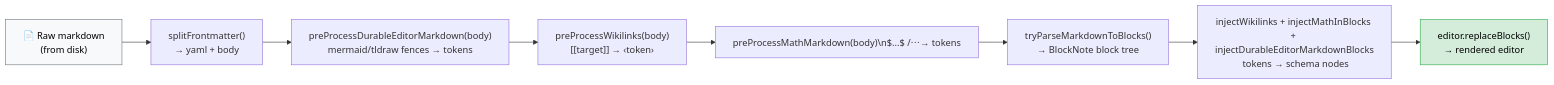
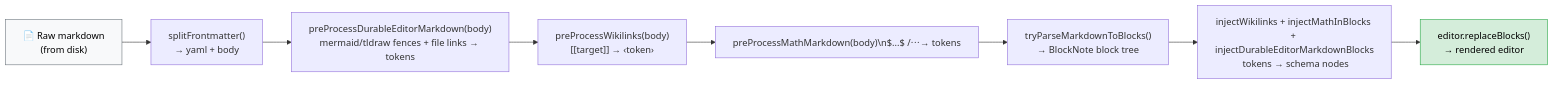
The second of 3 diagrams in docs/ABSTRACTIONS.md (aimeritething/Fuwa), drawn with Mermaid before and after one commit. The commit also changed other lines of this file and 4 other files, not shown here.

````diff
--- a/docs/ABSTRACTIONS.md
+++ b/docs/ABSTRACTIONS.md
@@ -632,13 +632,13 @@
 ```mermaid
 flowchart LR
     A["📄 Raw markdown\n(from disk)"] --> B["splitFrontmatter()\n→ yaml + body"]
-    B --> C["preProcessDurableEditorMarkdown(body)\nmermaid/tldraw fences → tokens"]
+    B --> C["preProcessDurableEditorMarkdown(body)\nmermaid/tldraw fences + file links → tokens"]
     C --> D["preProcessWikilinks(body)\n[[target]] → ‹token›"]
     D --> E["preProcessMathMarkdown(body)\n$...$ / $$...$$ → tokens"]
     E --> F["tryParseMarkdownToBlocks()\n→ BlockNote block tree"]
     F --> G["injectWikilinks + injectMathInBlocks + injectDurableEditorMarkdownBlocks\n tokens → schema nodes"]
     G --> H["editor.replaceBlocks()\n→ rendered editor"]
 
     style A fill:#f8f9fa,stroke:#6c757d,color:#000
     style H fill:#d4edda,stroke:#28a745,color:#000
 ```
````
